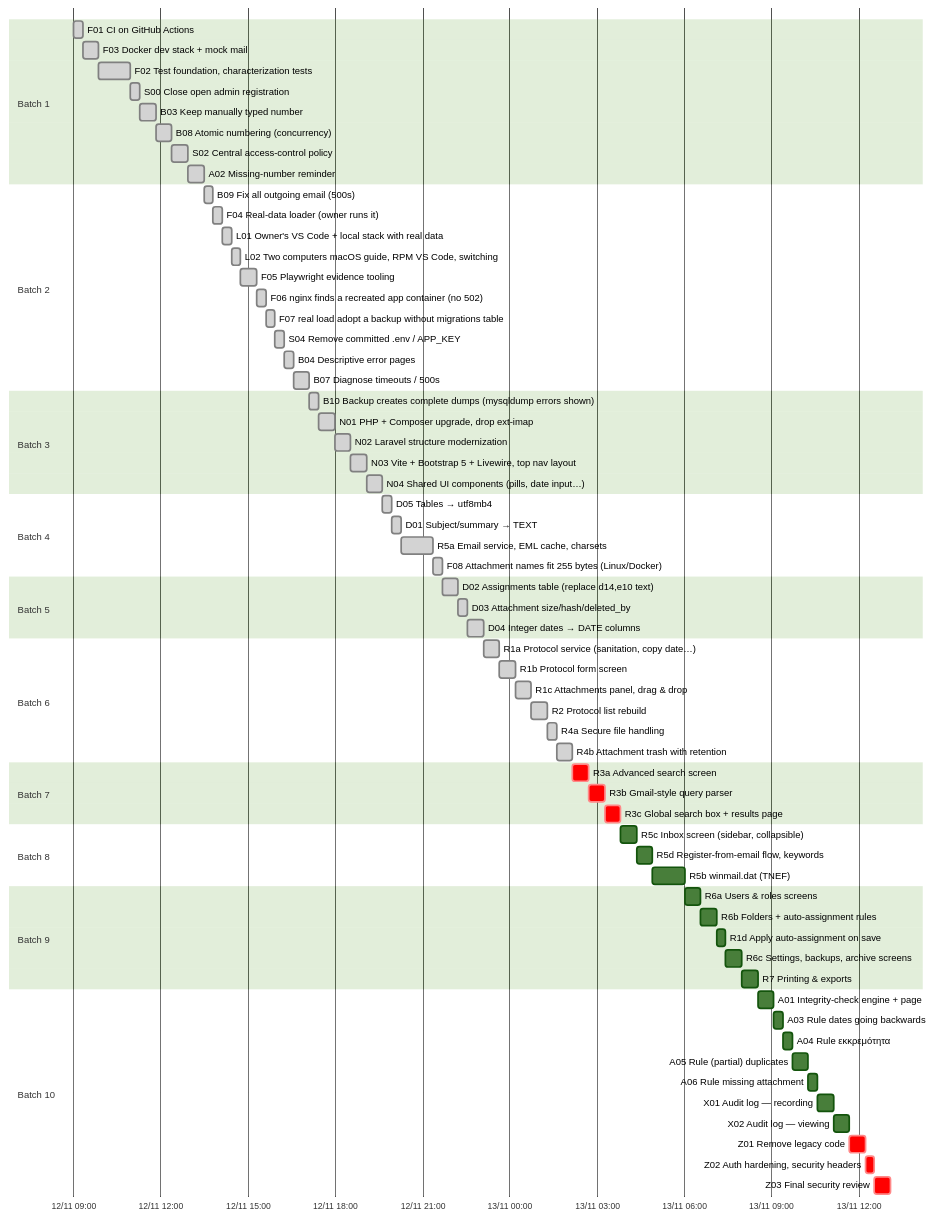
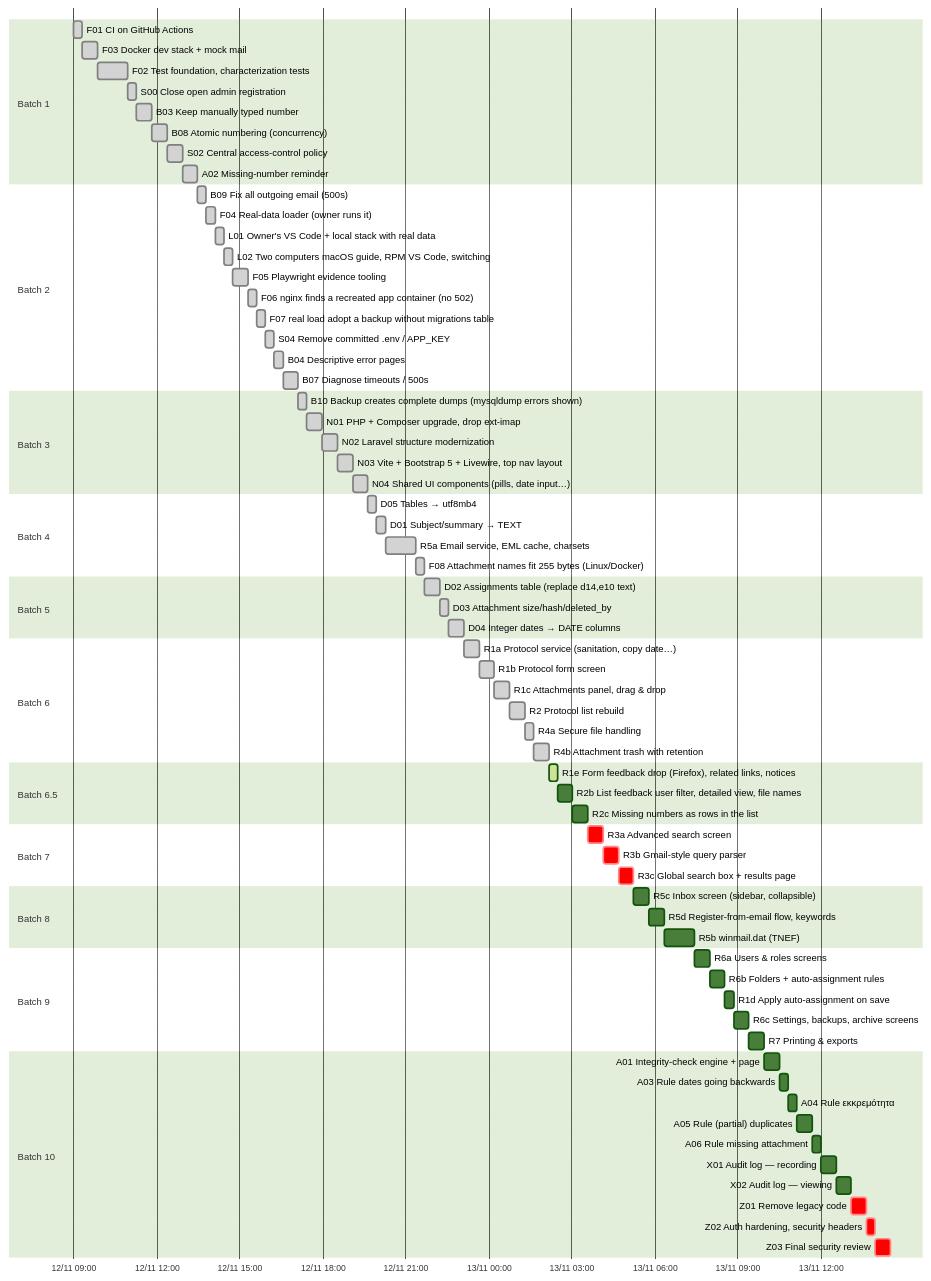
The second of 2 diagrams in docs/plan/PROGRESS.md (dipelaserasmus-del/electronic_protocol), drawn with Mermaid (forest theme) before and after one commit. The commit also changed other lines of this file and 19 other files, not shown here.

First line of the commit message:
R1e: form feedback (drop on Firefox, related links, notices)

````diff
--- a/docs/plan/PROGRESS.md
+++ b/docs/plan/PROGRESS.md
@@ -204,73 +214,77 @@
 ```mermaid
 gantt
   dateFormat YYYY-MM-DD HH:mm
   axisFormat %d/%m %H:%M
   todayMarker off
   section Batch 1
   F01 CI on GitHub Actions :done, f01, 2026-11-12 09:00, 19m
   F03 Docker dev stack + mock mail :done, f03, 2026-11-12 09:19, 33m
   F02 Test foundation, characterization tests :done, f02, 2026-11-12 09:52, 66m
   S00 Close open admin registration :done, s00, 2026-11-12 10:58, 19m
   B03 Keep manually typed number :done, b03, 2026-11-12 11:17, 33m
   B08 Atomic numbering (concurrency) :done, b08, 2026-11-12 11:50, 33m
   S02 Central access-control policy :done, s02, 2026-11-12 12:23, 33m
   A02 Missing-number reminder :done, a02, 2026-11-12 12:56, 33m
   section Batch 2
   B09 Fix all outgoing email (500s) :done, b09, 2026-11-12 13:29, 19m
   F04 Real-data loader (owner runs it) :done, f04, 2026-11-12 13:48, 19m
   L01 Owner's VS Code + local stack with real data :done, l01, 2026-11-12 14:07, 19m
   L02 Two computers  macOS guide, RPM VS Code, switching :done, l02, 2026-11-12 14:26, 19m
   F05 Playwright evidence tooling :done, f05, 2026-11-12 14:45, 33m
   F06 nginx finds a recreated app container (no 502) :done, f06, 2026-11-12 15:18, 19m
   F07 real load  adopt a backup without migrations table :done, f07, 2026-11-12 15:37, 19m
   S04 Remove committed .env / APP_KEY :done, s04, 2026-11-12 15:56, 19m
   B04 Descriptive error pages :done, b04, 2026-11-12 16:15, 19m
   B07 Diagnose timeouts / 500s :done, b07, 2026-11-12 16:34, 33m
   section Batch 3
   B10 Backup creates complete dumps (mysqldump errors shown) :done, b10, 2026-11-12 17:07, 19m
   N01 PHP + Composer upgrade, drop ext-imap :done, n01, 2026-11-12 17:26, 33m
   N02 Laravel structure modernization :done, n02, 2026-11-12 17:59, 33m
   N03 Vite + Bootstrap 5 + Livewire, top nav layout :done, n03, 2026-11-12 18:32, 33m
   N04 Shared UI components (pills, date input…) :done, n04, 2026-11-12 19:05, 33m
   section Batch 4
   D05 Tables → utf8mb4 :done, d05, 2026-11-12 19:38, 19m
   D01 Subject/summary → TEXT :done, d01, 2026-11-12 19:57, 19m
   R5a Email service, EML cache, charsets :done, r5a, 2026-11-12 20:16, 66m
   F08 Attachment names fit 255 bytes (Linux/Docker) :done, f08, 2026-11-12 21:22, 19m
   section Batch 5
   D02 Assignments table (replace d14,e10 text) :done, d02, 2026-11-12 21:41, 33m
   D03 Attachment size/hash/deleted_by :done, d03, 2026-11-12 22:14, 19m
   D04 Integer dates → DATE columns :done, d04, 2026-11-12 22:33, 33m
   section Batch 6
   R1a Protocol service (sanitation, copy date…) :done, r1a, 2026-11-12 23:06, 33m
   R1b Protocol form screen :done, r1b, 2026-11-12 23:39, 33m
   R1c Attachments panel, drag & drop :done, r1c, 2026-11-13 00:12, 33m
   R2 Protocol list rebuild :done, r2, 2026-11-13 00:45, 33m
   R4a Secure file handling :done, r4a, 2026-11-13 01:18, 19m
   R4b Attachment trash with retention :done, r4b, 2026-11-13 01:37, 33m
+  section Batch 6.5
+  R1e Form feedback  drop (Firefox), related links, notices :active, r1e, 2026-11-13 02:10, 19m
+  R2b List feedback  user filter, detailed view, file names :r2b, 2026-11-13 02:29, 33m
+  R2c Missing numbers as rows in the list :r2c, 2026-11-13 03:02, 33m
   section Batch 7
-  R3a Advanced search screen :crit, r3a, 2026-11-13 02:10, 33m
-  R3b Gmail-style query parser :crit, r3b, 2026-11-13 02:43, 33m
-  R3c Global search box + results page :crit, r3c, 2026-11-13 03:16, 33m
+  R3a Advanced search screen :crit, r3a, 2026-11-13 03:35, 33m
+  R3b Gmail-style query parser :crit, r3b, 2026-11-13 04:08, 33m
+  R3c Global search box + results page :crit, r3c, 2026-11-13 04:41, 33m
   section Batch 8
-  R5c Inbox screen (sidebar, collapsible) :r5c, 2026-11-13 03:49, 33m
-  R5d Register-from-email flow, keywords :r5d, 2026-11-13 04:22, 33m
-  R5b winmail.dat (TNEF) :r5b, 2026-11-13 04:55, 66m
+  R5c Inbox screen (sidebar, collapsible) :r5c, 2026-11-13 05:14, 33m
+  R5d Register-from-email flow, keywords :r5d, 2026-11-13 05:47, 33m
+  R5b winmail.dat (TNEF) :r5b, 2026-11-13 06:20, 66m
   section Batch 9
-  R6a Users & roles screens :r6a, 2026-11-13 06:01, 33m
-  R6b Folders + auto-assignment rules :r6b, 2026-11-13 06:34, 33m
-  R1d Apply auto-assignment on save :r1d, 2026-11-13 07:07, 19m
-  R6c Settings, backups, archive screens :r6c, 2026-11-13 07:26, 33m
-  R7 Printing & exports :r7, 2026-11-13 07:59, 33m
+  R6a Users & roles screens :r6a, 2026-11-13 07:26, 33m
+  R6b Folders + auto-assignment rules :r6b, 2026-11-13 07:59, 33m
+  R1d Apply auto-assignment on save :r1d, 2026-11-13 08:32, 19m
+  R6c Settings, backups, archive screens :r6c, 2026-11-13 08:51, 33m
+  R7 Printing & exports :r7, 2026-11-13 09:24, 33m
   section Batch 10
-  A01 Integrity-check engine + page :a01, 2026-11-13 08:32, 33m
-  A03 Rule  dates going backwards :a03, 2026-11-13 09:05, 19m
-  A04 Rule  εκκρεμότητα :a04, 2026-11-13 09:24, 19m
-  A05 Rule  (partial) duplicates :a05, 2026-11-13 09:43, 33m
-  A06 Rule  missing attachment :a06, 2026-11-13 10:16, 19m
-  X01 Audit log — recording :x01, 2026-11-13 10:35, 33m
-  X02 Audit log — viewing :x02, 2026-11-13 11:08, 33m
-  Z01 Remove legacy code :crit, z01, 2026-11-13 11:41, 33m
-  Z02 Auth hardening, security headers :crit, z02, 2026-11-13 12:14, 19m
-  Z03 Final security review :crit, z03, 2026-11-13 12:33, 33m
+  A01 Integrity-check engine + page :a01, 2026-11-13 09:57, 33m
+  A03 Rule  dates going backwards :a03, 2026-11-13 10:30, 19m
+  A04 Rule  εκκρεμότητα :a04, 2026-11-13 10:49, 19m
+  A05 Rule  (partial) duplicates :a05, 2026-11-13 11:08, 33m
+  A06 Rule  missing attachment :a06, 2026-11-13 11:41, 19m
+  X01 Audit log — recording :x01, 2026-11-13 12:00, 33m
+  X02 Audit log — viewing :x02, 2026-11-13 12:33, 33m
+  Z01 Remove legacy code :crit, z01, 2026-11-13 13:06, 33m
+  Z02 Auth hardening, security headers :crit, z02, 2026-11-13 13:39, 19m
+  Z03 Final security review :crit, z03, 2026-11-13 13:58, 33m
 ```
````
